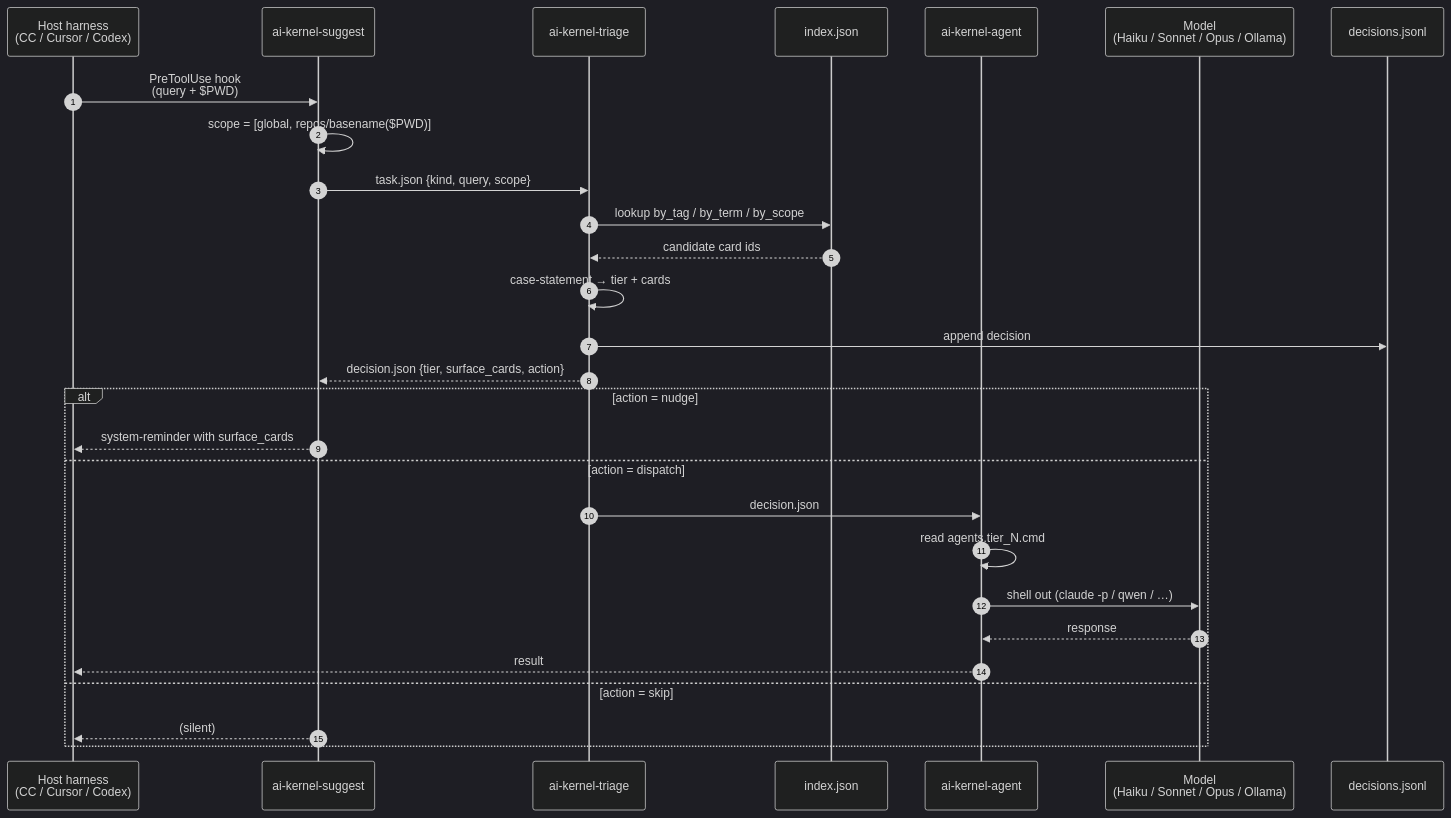
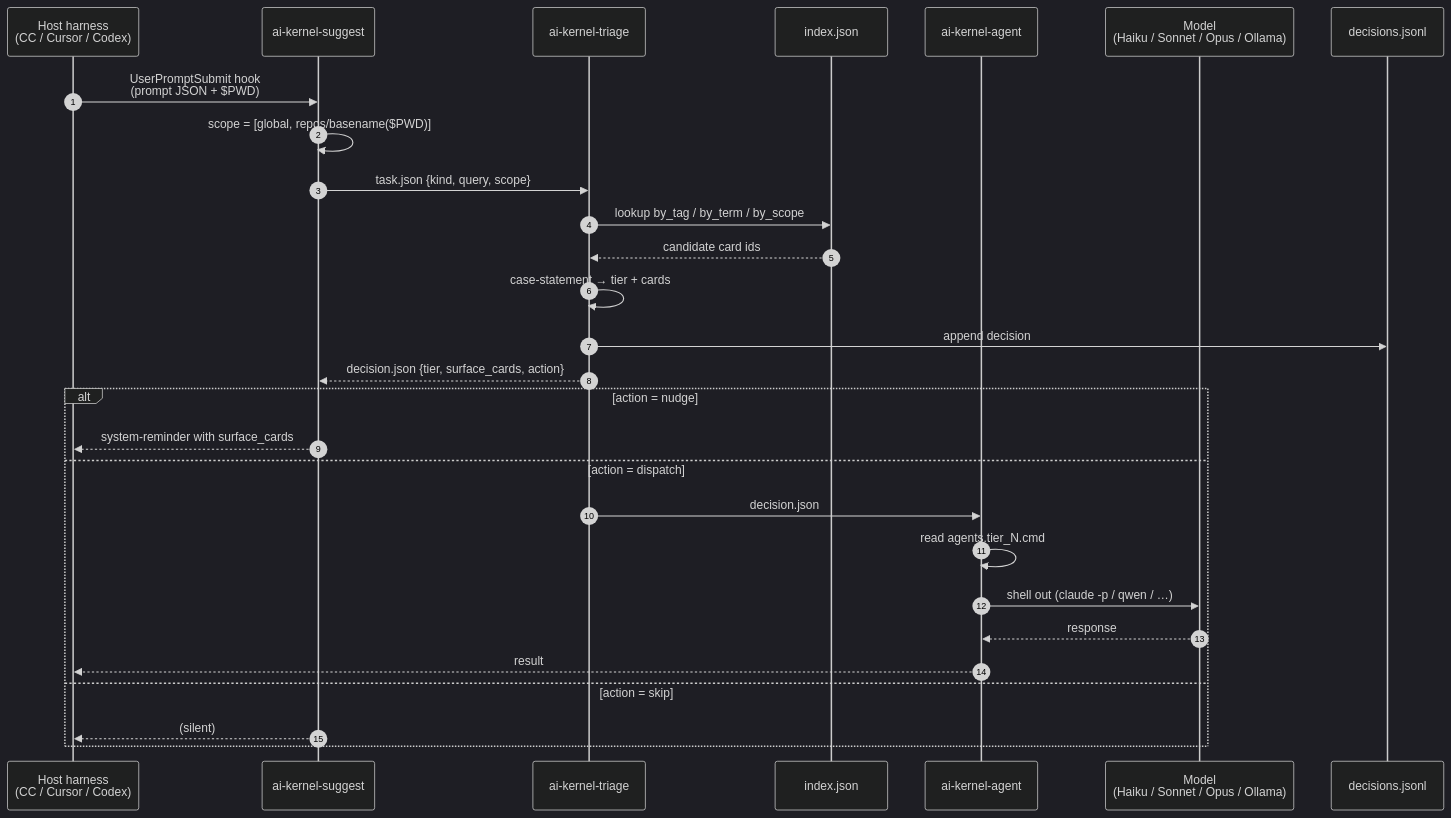
The second of 3 diagrams in docs/architecture.md (eugenelai-elmo/nerv), drawn with Mermaid (dark theme) before and after one commit. The commit also changed other lines of this file and 4 other files, not shown here.

First line of the commit message:
feat(suggest): UserPromptSubmit hook mode (lazy retrieval)

````diff
--- a/docs/architecture.md
+++ b/docs/architecture.md
@@ -90,31 +89,31 @@
 ```mermaid
 sequenceDiagram
   autonumber
   participant H as Host harness<br/>(CC / Cursor / Codex)
   participant S as ai-kernel-suggest
   participant T as ai-kernel-triage
   participant I as index.json
   participant A as ai-kernel-agent
   participant M as Model<br/>(Haiku / Sonnet / Opus / Ollama)
   participant L as decisions.jsonl
 
-  H->>S: PreToolUse hook<br/>(query + $PWD)
+  H->>S: UserPromptSubmit hook<br/>(prompt JSON + $PWD)
   S->>S: scope = [global, repos/basename($PWD)]
   S->>T: task.json {kind, query, scope}
   T->>I: lookup by_tag / by_term / by_scope
   I-->>T: candidate card ids
   T->>T: case-statement → tier + cards
   T->>L: append decision
   T-->>S: decision.json {tier, surface_cards, action}
   alt action = nudge
     S-->>H: system-reminder with surface_cards
   else action = dispatch
     T->>A: decision.json
     A->>A: read agents.tier_N.cmd
     A->>M: shell out (claude -p / qwen / …)
     M-->>A: response
     A-->>H: result
   else action = skip
     S-->>H: (silent)
   end
 ```
````
